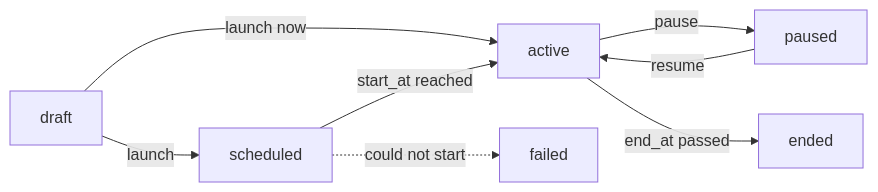
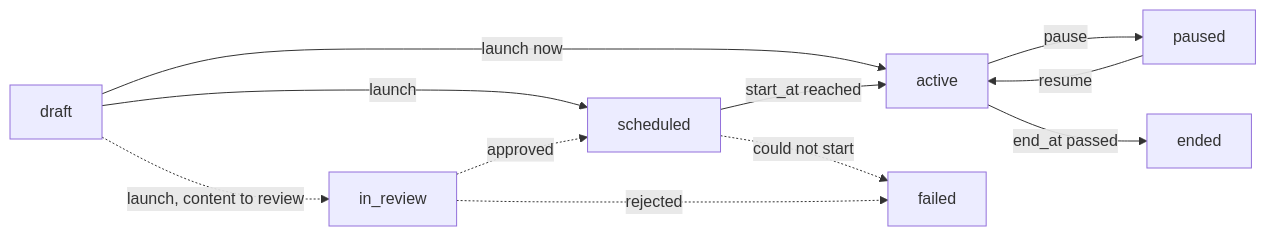
One commit to yann-yvan/docs changed the diagram in api-reference/guides/send-a-campaign.mdx. Above: the diagram before and after it, drawn with Mermaid. The commit also changed other lines of this file and 15 other files, not shown here.

````diff
--- a/api-reference/guides/send-a-campaign.mdx
+++ b/api-reference/guides/send-a-campaign.mdx
@@ -10,10 +10,13 @@
 ```mermaid
 flowchart LR
     D[draft] -->|launch| S[scheduled]
     D -->|launch now| A[active]
     S -->|start_at reached| A
     A -->|pause| P[paused]
     P -->|resume| A
     A -->|end_at passed| E[ended]
     S -.->|could not start| F[failed]
+    D -.->|launch, content to review| R[in_review]
+    R -.->|approved| S
+    R -.->|rejected| F
 ```
````
